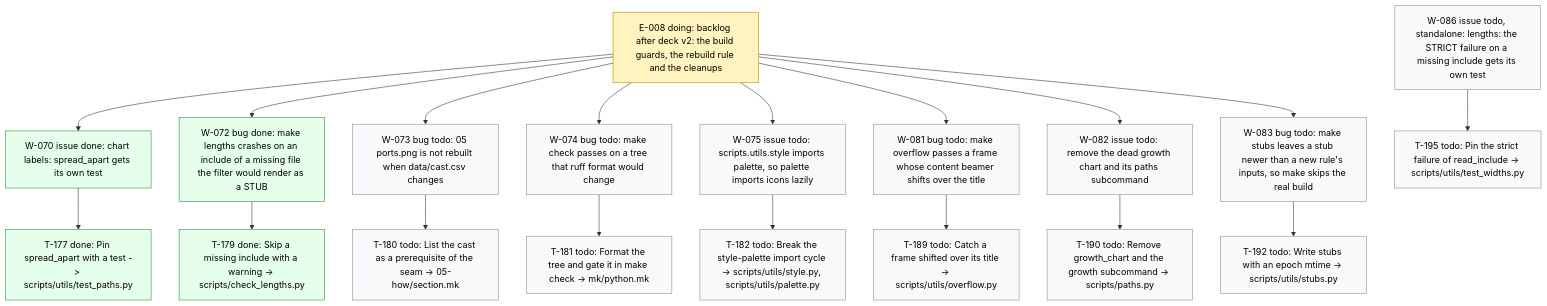
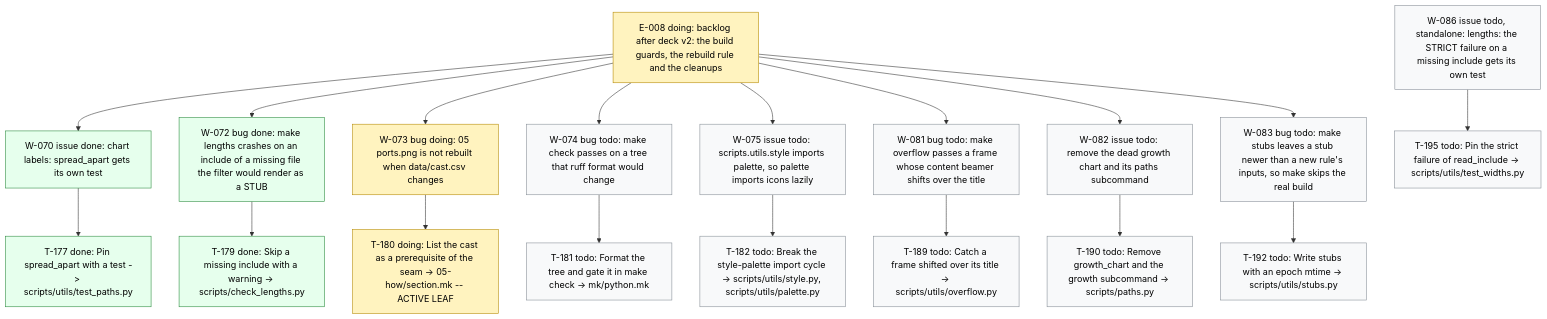
The diagram in .board/BOARD.md (dpopchev/chaos-to-simple), drawn with Mermaid before and after one commit. The commit also changed other lines of this file and 2 other files, not shown here.

Commit message:
chore(board): activate W-073, start T-180
Refs: W-073 T-180

````diff
--- a/.board/BOARD.md
+++ b/.board/BOARD.md
@@ -486,30 +486,30 @@
 ```mermaid
 flowchart TD
   E008["E-008 doing: backlog after deck v2: the build guards, the rebuild rule and the cleanups"]
   E008 --> W070["W-070 issue done: chart labels: spread_apart gets its own test"]
   W070 --> T177["T-177 done: Pin spread_apart with a test -> scripts/utils/test_paths.py"]
   E008 --> W072["W-072 bug done: make lengths crashes on an include of a missing file the filter would render as a STUB"]
   W072 --> T179["T-179 done: Skip a missing include with a warning -> scripts/check_lengths.py"]
-  E008 --> W073["W-073 bug todo: 05 ports.png is not rebuilt when data/cast.csv changes"]
-  W073 --> T180["T-180 todo: List the cast as a prerequisite of the seam -> 05-how/section.mk"]
+  E008 --> W073["W-073 bug doing: 05 ports.png is not rebuilt when data/cast.csv changes"]
+  W073 --> T180["T-180 doing: List the cast as a prerequisite of the seam -> 05-how/section.mk -- ACTIVE LEAF"]
   E008 --> W074["W-074 bug todo: make check passes on a tree that ruff format would change"]
   W074 --> T181["T-181 todo: Format the tree and gate it in make check -> mk/python.mk"]
   E008 --> W075["W-075 issue todo: scripts.utils.style imports palette, so palette imports icons lazily"]
   W075 --> T182["T-182 todo: Break the style-palette import cycle -> scripts/utils/style.py, scripts/utils/palette.py"]
   E008 --> W081["W-081 bug todo: make overflow passes a frame whose content beamer shifts over the title"]
   W081 --> T189["T-189 todo: Catch a frame shifted over its title -> scripts/utils/overflow.py"]
   E008 --> W082["W-082 issue todo: remove the dead growth chart and its paths subcommand"]
   W082 --> T190["T-190 todo: Remove growth_chart and the growth subcommand -> scripts/paths.py"]
   E008 --> W083["W-083 bug todo: make stubs leaves a stub newer than a new rule's inputs, so make skips the real build"]
   W083 --> T192["T-192 todo: Write stubs with an epoch mtime -> scripts/utils/stubs.py"]
   W086["W-086 issue todo, standalone: lengths: the STRICT failure on a missing include gets its own test"]
   W086 --> T195["T-195 todo: Pin the strict failure of read_include -> scripts/utils/test_widths.py"]
   classDef doing fill:#fff3bf,stroke:#b58900,color:#000;
   classDef blocked fill:#ffe3e3,stroke:#c92a2a,color:#000;
   classDef done fill:#e6ffed,stroke:#2b8a3e,color:#000;
   classDef todo fill:#f8f9fa,stroke:#868e96,color:#000;
   classDef pruned fill:#f1f3f5,stroke:#adb5bd,color:#000;
-  class E008 doing
+  class E008,W073,T180 doing
   class W070,T177,W072,T179 done
-  class W073,T180,W074,T181,W075,T182,W081,T189,W082,T190,W083,T192,W086,T195 todo
+  class W074,T181,W075,T182,W081,T189,W082,T190,W083,T192,W086,T195 todo
 ```
````
